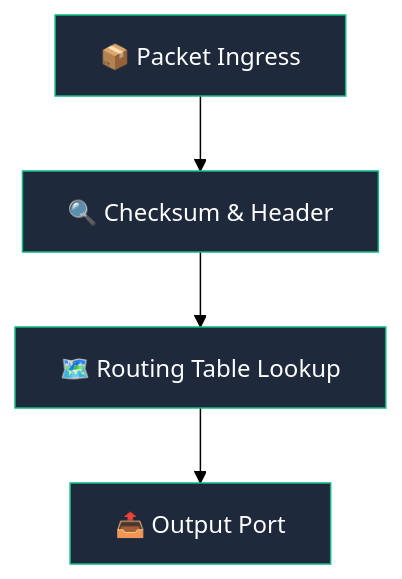
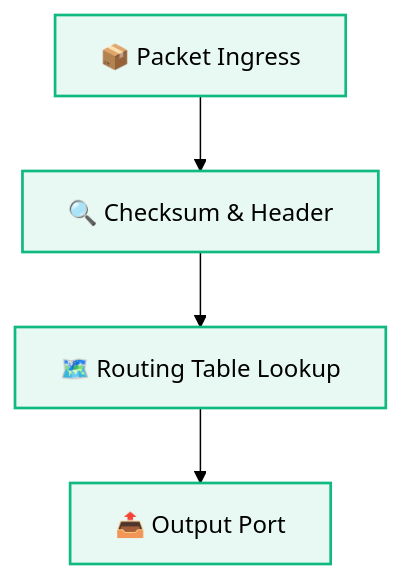
Before and after one commit to abhinavbharti2345/CS_Notes: the third of 4 diagrams in Computer Networking/Network Performance - Delay, Latency, Throughput.md, drawn with Mermaid (forest theme). The commit also changed other lines of this file and 47 other files, not shown here.

Commit message:
docs: add computer science study notes and generate graphify visualization output

````diff
--- a/Computer Networking/Network Performance - Delay, Latency, Throughput.md
+++ b/Computer Networking/Network Performance - Delay, Latency, Throughput.md
@@ -83,6 +83,7 @@
 ```mermaid
 flowchart TD
     Ingress["📦 Packet Ingress"] --> Check["🔍 Checksum & Header"] --> Lookup["🗺️ Routing Table Lookup"] --> Egress["📤 Output Port"]
-    classDef step fill:#1e293b,stroke:#10b981,stroke-width:1px,color:#fff;
+    
+    classDef step fill:#10b98118,stroke:#10b981,stroke-width:1.8px;
     class Ingress,Check,Lookup,Egress step;
 ```
````
